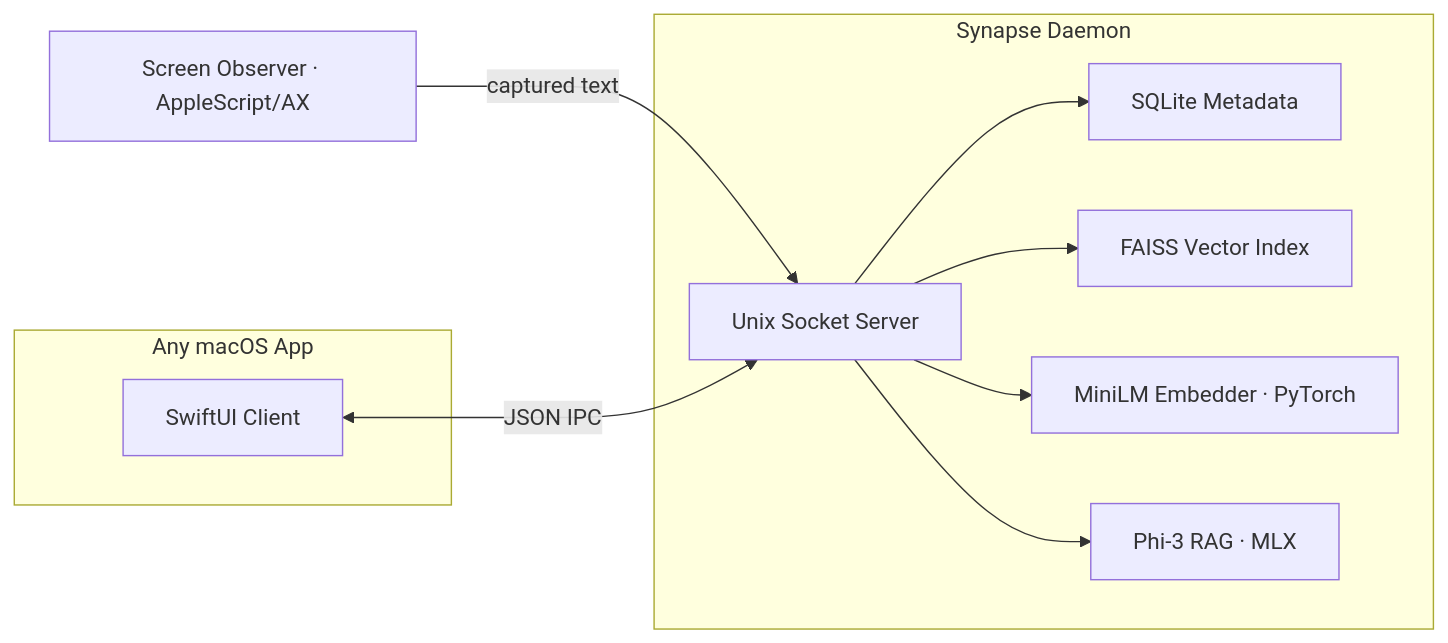
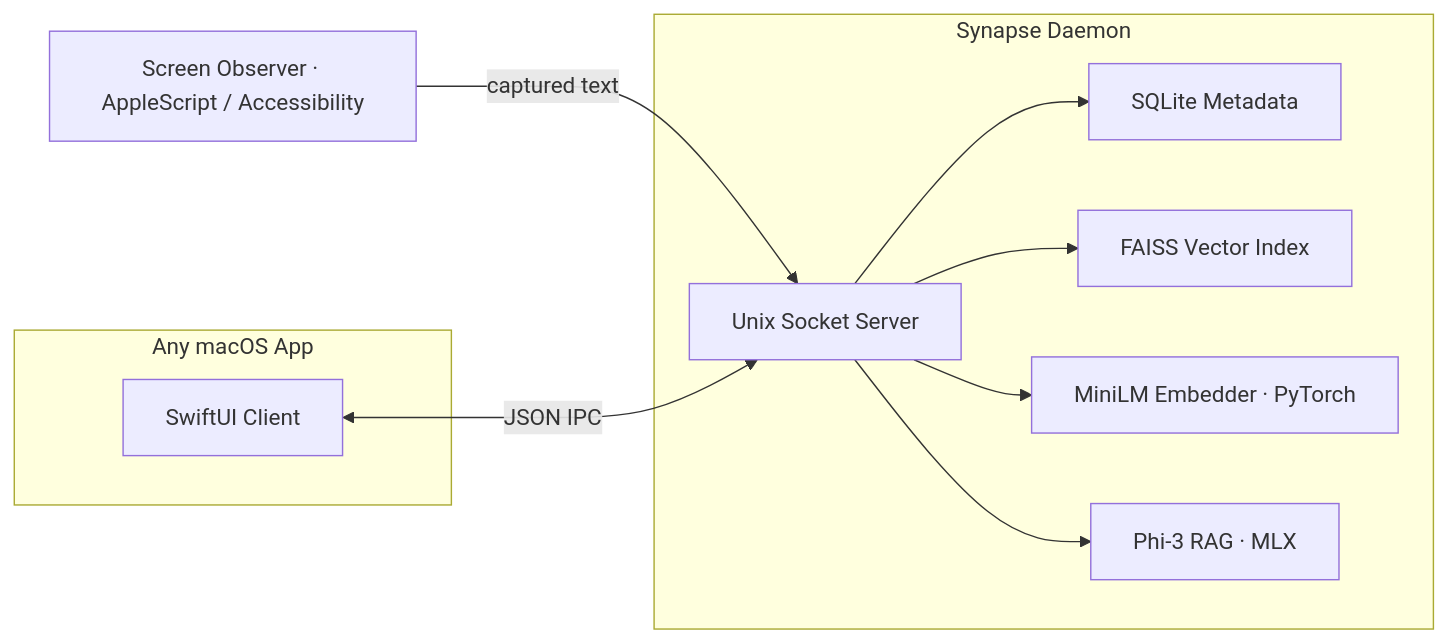
One commit to Sahith59/Synapse changed the diagram in README.md. Above: the diagram before and after it, drawn with Mermaid. The commit also changed other lines of this file, not shown here.

Commit message:
Rewrite README with detailed project narrative and architecture notes

````diff
--- a/README.md
+++ b/README.md
@@ -11,21 +21,21 @@
 ```mermaid
 graph LR
     subgraph Frontend [Any macOS App]
         A[SwiftUI Client]
     end
 
     subgraph Daemon [Synapse Daemon]
         B[Unix Socket Server]
         C[SQLite Metadata]
         D[FAISS Vector Index]
         E[MiniLM Embedder · PyTorch]
         G[Phi-3 RAG · MLX]
     end
 
-    O[Screen Observer · AppleScript/AX] -->|captured text| B
+    O[Screen Observer · AppleScript / Accessibility] -->|captured text| B
     A <-->|JSON IPC| B
     B --> C
     B --> D
     B --> E
     B --> G
 ```
````
